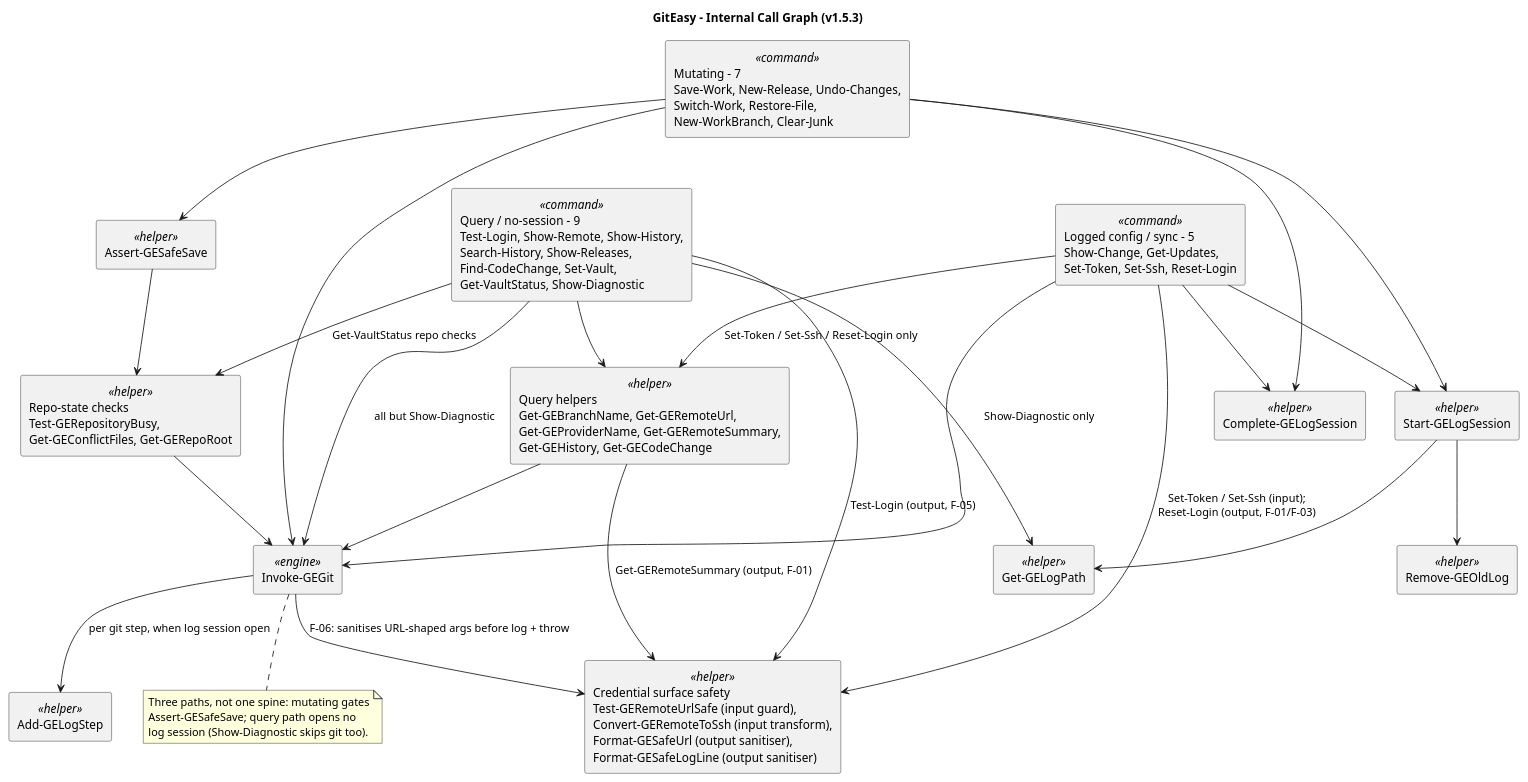
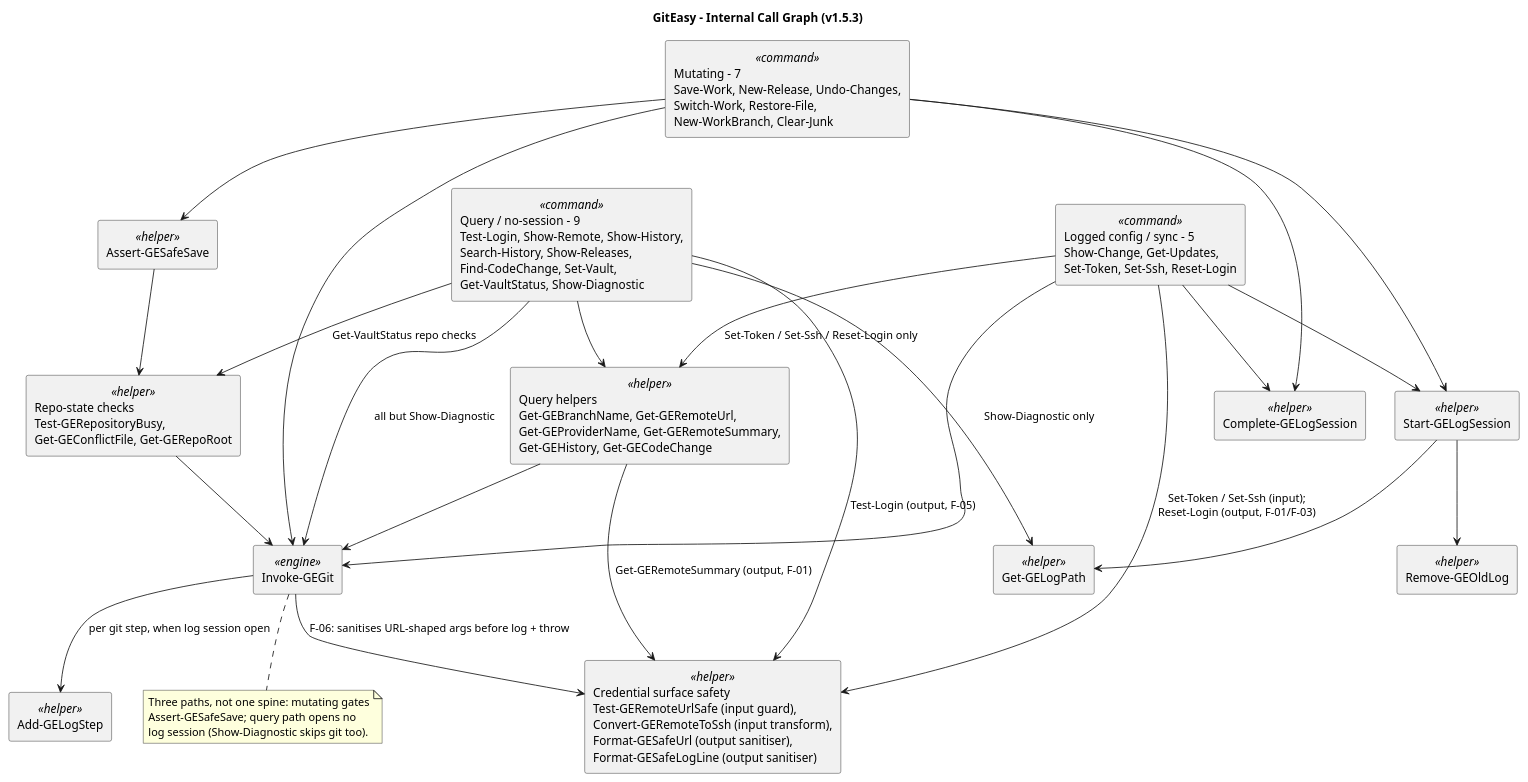
The diagram in docs/UML/02-internal-call-graph.puml (greenmtnsun/GitEasy), drawn with PlantUML before and after one commit. The commit also changed 95 other files, not shown here.

```diff
--- a/docs/UML/02-internal-call-graph.puml
+++ b/docs/UML/02-internal-call-graph.puml
@@ -1,52 +1,52 @@
 @startuml GitEasyInternalCallGraph
 title GitEasy - Internal Call Graph (v1.5.3)
 skinparam componentStyle rectangle
 skinparam shadowing false
 
 component "Mutating - 7\nSave-Work, New-Release, Undo-Changes,\nSwitch-Work, Restore-File,\nNew-WorkBranch, Clear-Junk" <<command>> as Mut
 component "Logged config / sync - 5\nShow-Change, Get-Updates,\nSet-Token, Set-Ssh, Reset-Login" <<command>> as Cfg
 component "Query / no-session - 9\nTest-Login, Show-Remote, Show-History,\nSearch-History, Show-Releases,\nFind-CodeChange, Set-Vault,\nGet-VaultStatus, Show-Diagnostic" <<command>> as Qry
 
 component "Start-GELogSession" <<helper>> as StartLog
 component "Complete-GELogSession" <<helper>> as EndLog
 component "Add-GELogStep" <<helper>> as AddLog
 component "Get-GELogPath" <<helper>> as LogPath
 component "Remove-GEOldLog" <<helper>> as Prune
 component "Assert-GESafeSave" <<helper>> as Safe
-component "Repo-state checks\nTest-GERepositoryBusy,\nGet-GEConflictFiles, Get-GERepoRoot" <<helper>> as RepoChk
+component "Repo-state checks\nTest-GERepositoryBusy,\nGet-GEConflictFile, Get-GERepoRoot" <<helper>> as RepoChk
 component "Query helpers\nGet-GEBranchName, Get-GERemoteUrl,\nGet-GEProviderName, Get-GERemoteSummary,\nGet-GEHistory, Get-GECodeChange" <<helper>> as QHelp
 component "Credential surface safety\nTest-GERemoteUrlSafe (input guard),\nConvert-GERemoteToSsh (input transform),\nFormat-GESafeUrl (output sanitiser),\nFormat-GESafeLogLine (output sanitiser)" <<helper>> as UrlSafe
 component "Invoke-GEGit" <<engine>> as Engine
 
 Mut --> StartLog
 Mut --> Safe
 Mut --> Engine
 Mut --> EndLog
 Safe --> RepoChk
 RepoChk --> Engine
 
 Cfg --> StartLog
 Cfg --> Engine
 Cfg --> EndLog
 Cfg --> UrlSafe : Set-Token / Set-Ssh (input);\nReset-Login (output, F-01/F-03)
 Cfg --> QHelp : Set-Token / Set-Ssh / Reset-Login only
 
 Qry --> QHelp
 Qry --> RepoChk : Get-VaultStatus repo checks
 Qry --> Engine : all but Show-Diagnostic
 Qry --> LogPath : Show-Diagnostic only
 Qry --> UrlSafe : Test-Login (output, F-05)
 
 StartLog --> LogPath
 StartLog --> Prune
 QHelp --> Engine
 QHelp --> UrlSafe : Get-GERemoteSummary (output, F-01)
 Engine --> AddLog : per git step, when log session open
 Engine --> UrlSafe : F-06: sanitises URL-shaped args before log + throw
 
 note bottom of Engine
   Three paths, not one spine: mutating gates
   Assert-GESafeSave; query path opens no
   log session (Show-Diagnostic skips git too).
 end note
 @enduml
```
